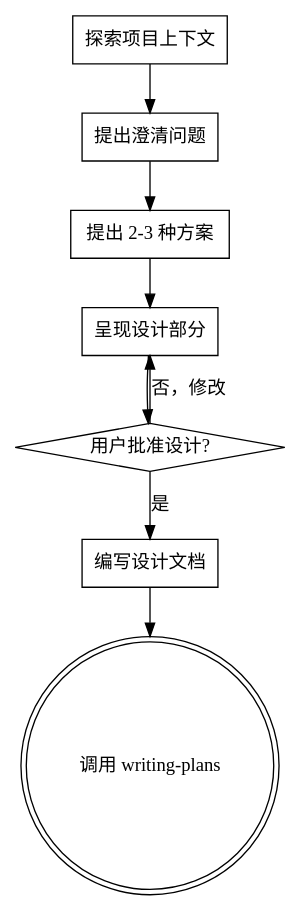
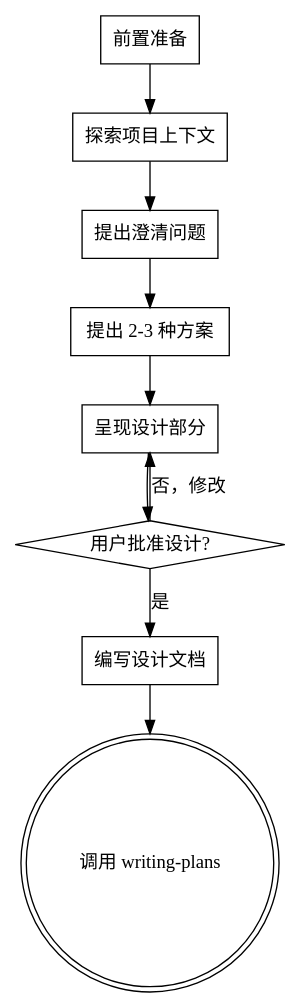
Before and after one commit to T0UGH/supercraft: the diagram in skills/supercraft-brainstorming/SKILL.md, drawn with Graphviz. The commit also changed other lines of this file, not shown here.

````diff
--- a/skills/supercraft-brainstorming/SKILL.md
+++ b/skills/supercraft-brainstorming/SKILL.md
@@ -33,19 +34,21 @@
 ```dot
 digraph brainstorming {
+    "前置准备" [shape=box];
     "探索项目上下文" [shape=box];
     "提出澄清问题" [shape=box];
     "提出 2-3 种方案" [shape=box];
     "呈现设计部分" [shape=box];
     "用户批准设计?" [shape=diamond];
     "编写设计文档" [shape=box];
     "调用 writing-plans" [shape=doublecircle];
 
+    "前置准备" -> "探索项目上下文";
     "探索项目上下文" -> "提出澄清问题";
     "提出澄清问题" -> "提出 2-3 种方案";
     "提出 2-3 种方案" -> "呈现设计部分";
     "呈现设计部分" -> "用户批准设计?";
     "用户批准设计?" -> "呈现设计部分" [label="否，修改"];
     "用户批准设计?" -> "编写设计文档" [label="是"];
     "编写设计文档" -> "调用 writing-plans";
 }
 ```
````
